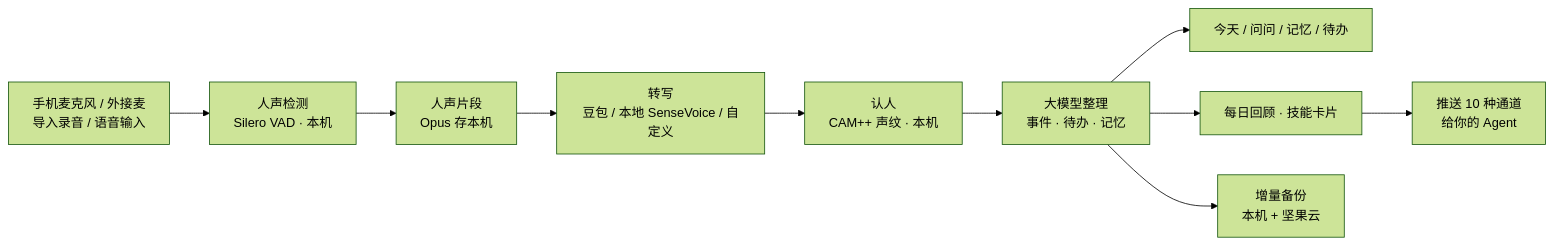
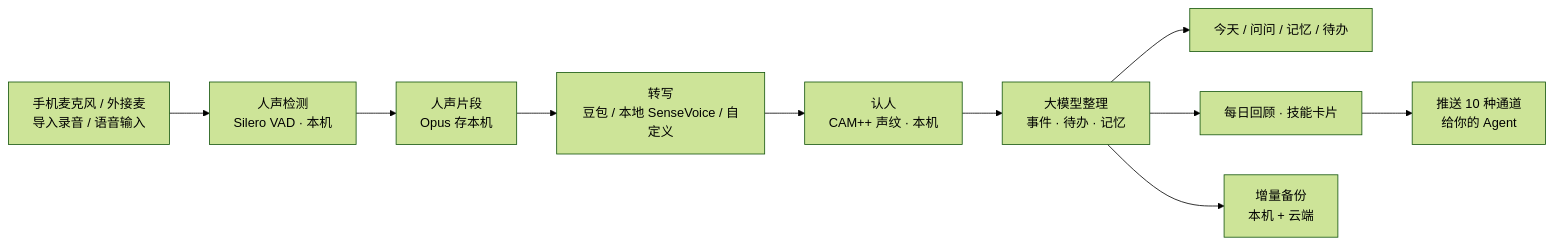
The diagram in README.md (0xCoach/TaoSheng), drawn with Mermaid (forest theme) before and after one commit. The commit also changed other lines of this file and 2 other files, not shown here.

````diff
--- a/README.md
+++ b/README.md
@@ -226,12 +227,12 @@
 ```mermaid
 flowchart LR
     A[手机麦克风 / 外接麦<br>导入录音 / 语音输入] --> B[人声检测<br>Silero VAD · 本机]
     B --> C[人声片段<br>Opus 存本机]
     C --> D[转写<br>豆包 / 本地 SenseVoice / 自定义]
     D --> E[认人<br>CAM++ 声纹 · 本机]
     E --> F[大模型整理<br>事件 · 待办 · 记忆]
     F --> G[今天 / 问问 / 记忆 / 待办]
     F --> H[每日回顾 · 技能卡片]
     H --> I[推送 10 种通道<br>给你的 Agent]
-    F --> J[增量备份<br>本机 + 坚果云]
+    F --> J[增量备份<br>本机 + 云端]
 ```
````
